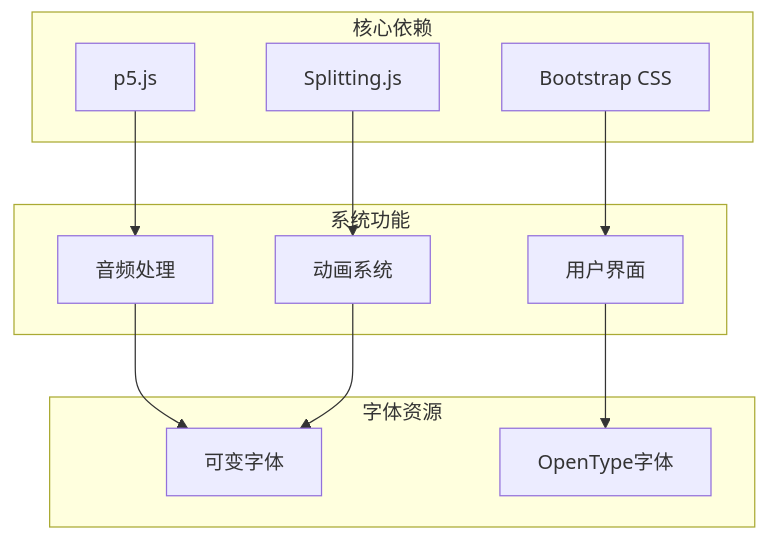
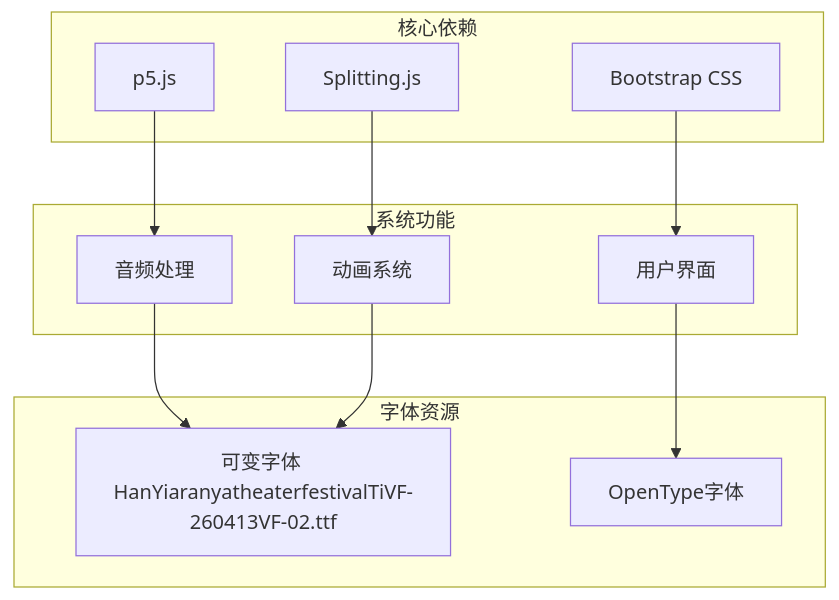
Before and after one commit to db300/MySymphosizer: the eighth of 9 diagrams in .qoder/repowiki/zh/content/字体渲染引擎/可变字体系统.md, drawn with Mermaid. The commit also changed other lines of this file and 5 other files, not shown here.

````diff
--- a/.qoder/repowiki/zh/content/字体渲染引擎/可变字体系统.md
+++ b/.qoder/repowiki/zh/content/字体渲染引擎/可变字体系统.md
@@ -328,23 +326,23 @@
 ```mermaid
 graph TB
 subgraph "核心依赖"
 P5[p5.js]
 Splitting[Splitting.js]
 Bootstrap[Bootstrap CSS]
 end
 subgraph "字体资源"
-VF[可变字体]
+VF[可变字体 HanYiaranyatheaterfestivalTiVF-260413VF-02.ttf]
 OTF[OpenType字体]
 end
 subgraph "系统功能"
 Audio[音频处理]
 Animation[动画系统]
 UI[用户界面]
 end
 P5 --> Audio
 Splitting --> Animation
 Bootstrap --> UI
 Audio --> VF
 Animation --> VF
 UI --> OTF
 ```
````
